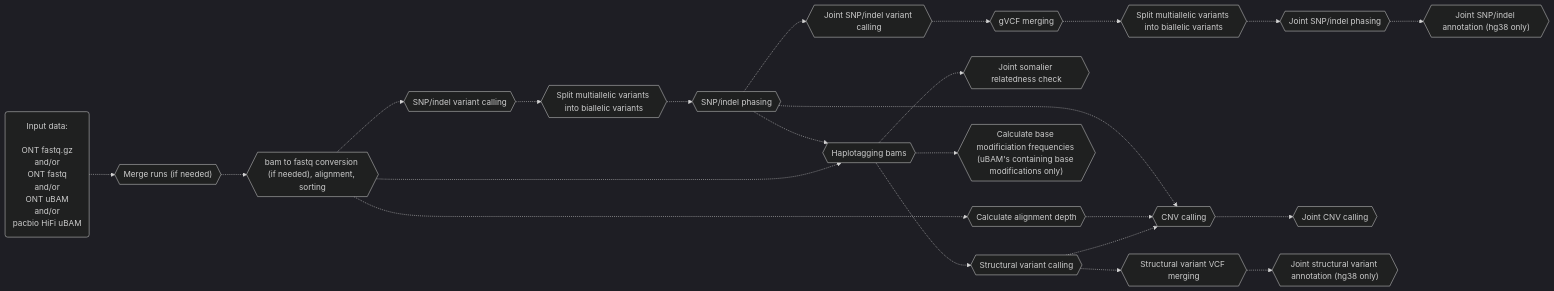
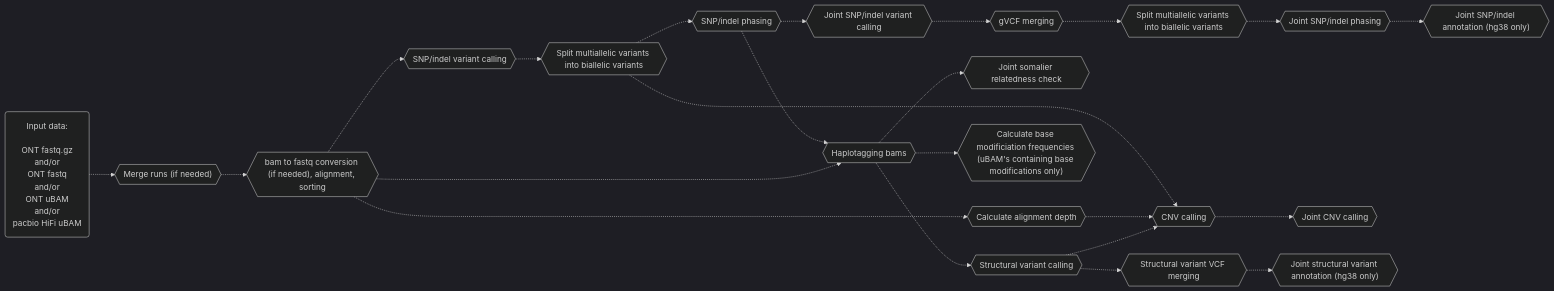
The third of 3 diagrams in README.md (leahkemp/pipeface), drawn with Mermaid before and after one commit. The commit also changed other lines of this file, not shown here.

````diff
--- a/README.md
+++ b/README.md
@@ -88,37 +88,37 @@
 ```mermaid
 %%{init: {'theme':'dark'}}%%
 flowchart LR
 
 input_data("Input data: <br><br> ONT fastq.gz <br> and/or <br> ONT fastq <br> and/or <br> ONT uBAM <br> and/or <br> pacbio HiFi uBAM")
 merging{{"Merge runs (if needed)"}}
 alignment{{"bam to fastq conversion (if needed), alignment, sorting"}}
 depth{{"Calculate alignment depth"}}
 snp_indel_calling{{"SNP/indel variant calling"}}
 split_multiallele{{"Split multiallelic variants into biallelic variants"}}
 snp_indel_phasing{{"SNP/indel phasing"}}
 joint_snp_indel_calling{{"Joint SNP/indel variant calling"}}
 joint_somalier{{"Joint somalier relatedness check"}}
 gvcf_merging{{"gVCF merging"}}
 joint_split_multiallele{{"Split multiallelic variants into biallelic variants"}}
 joint_snp_indel_phasing{{"Joint SNP/indel phasing"}}
 joint_snp_indel_annotation{{"Joint SNP/indel annotation (hg38 only)"}}
 haplotagging{{"Haplotagging bams"}}
 calculate_base_mod_freqs{{"Calculate base modificiation frequencies (uBAM's containing base modifications only)"}}
 cnv_calling{{"CNV calling"}}
 joint_cnv_calling{{"Joint CNV calling"}}
 sv_calling{{"Structural variant calling"}}
 sv_vcf_merging{{"Structural variant VCF merging"}}
 joint_sv_annotation{{"Joint structural variant annotation (hg38 only)"}}
 
 input_data-.->merging-.->alignment-.->snp_indel_calling-.->split_multiallele-.->snp_indel_phasing-.->haplotagging-.->sv_calling
 alignment-.->depth
 alignment-.->haplotagging
 haplotagging-.->calculate_base_mod_freqs
 haplotagging-.->joint_somalier
-snp_indel_phasing-.->cnv_calling-.->joint_cnv_calling
+split_multiallele-.->cnv_calling-.->joint_cnv_calling
 depth-.->cnv_calling
 sv_calling-.->cnv_calling
 snp_indel_phasing-.->joint_snp_indel_calling-.->gvcf_merging-.->joint_split_multiallele-.->joint_snp_indel_phasing-.->joint_snp_indel_annotation
 sv_calling-.->sv_vcf_merging-.->joint_sv_annotation
 
 ```
````
